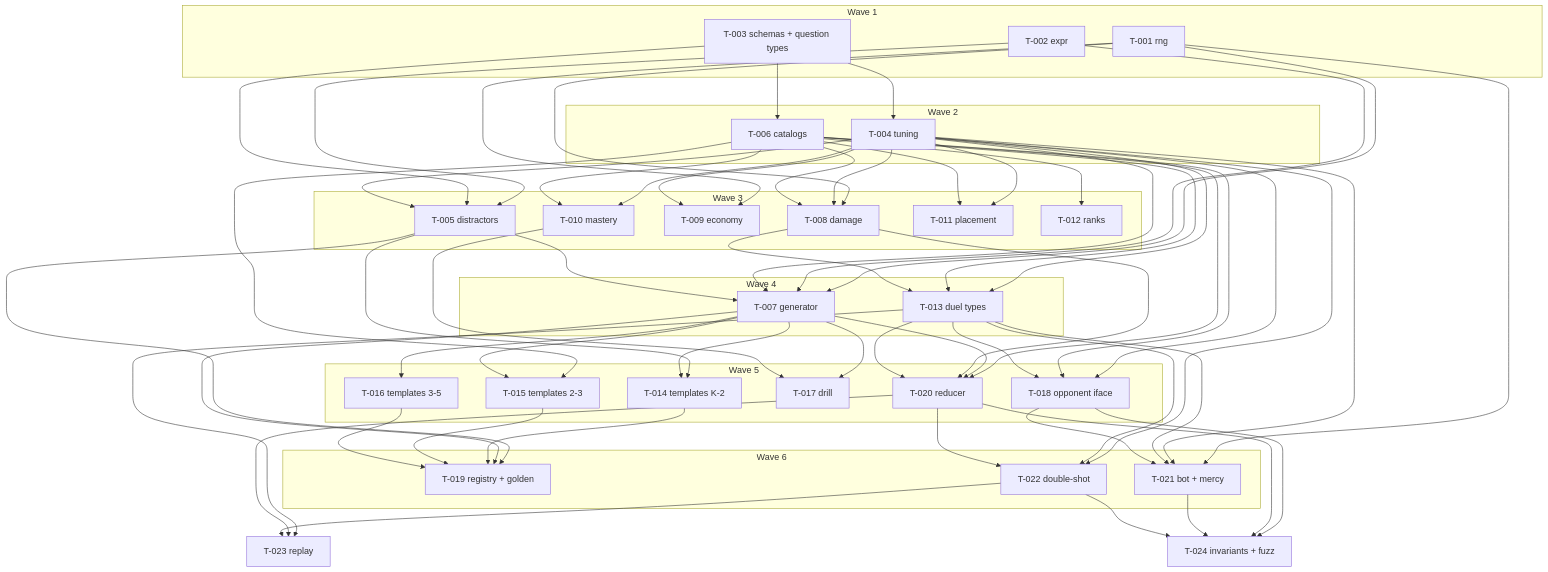
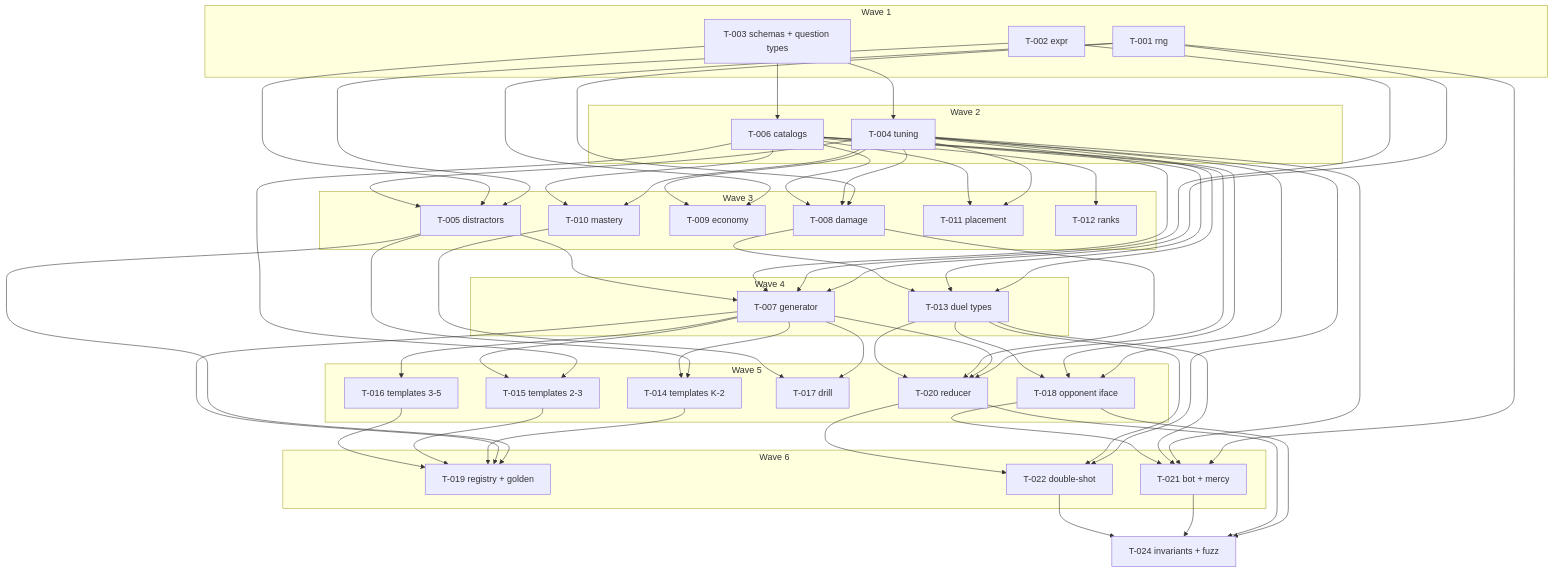
Before and after one commit to worldofhacks/Cannon-Academy: the diagram in TICKETS.md, drawn with Mermaid. The commit also changed other lines of this file and 14 other files, not shown here.

```diff
--- a/TICKETS.md
+++ b/TICKETS.md
@@ -127,7 +133,6 @@
     T021[T-021 bot + mercy]
     T022[T-022 double-shot]
   end
-  T023[T-023 replay]
   T024[T-024 invariants + fuzz]
 
   T003 --> T004
@@ -178,9 +183,6 @@
   T004 --> T022
   T013 --> T022
   T020 --> T022
-  T013 --> T023
-  T020 --> T023
-  T022 --> T023
   T018 --> T024
   T020 --> T024
   T021 --> T024
```
